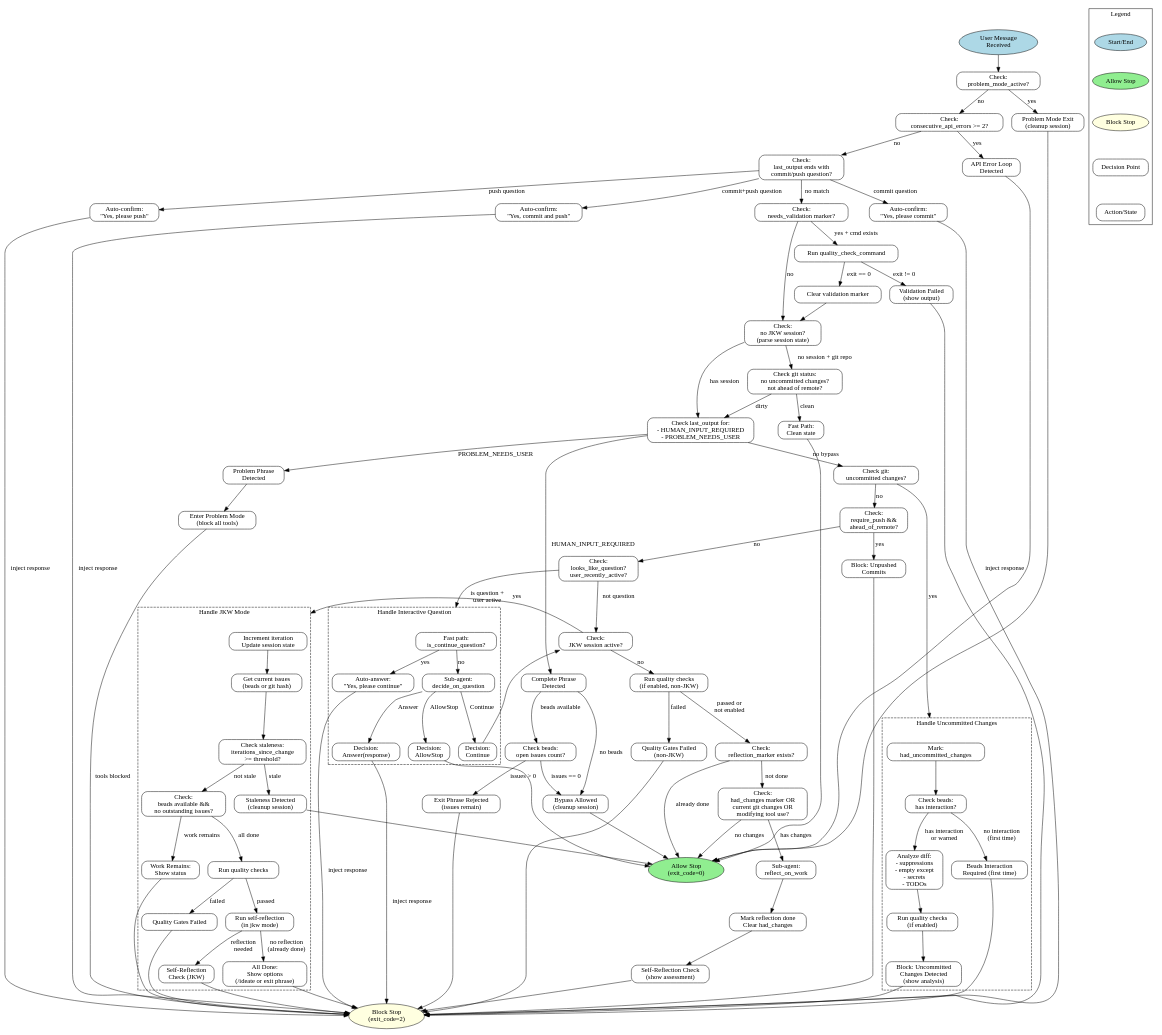
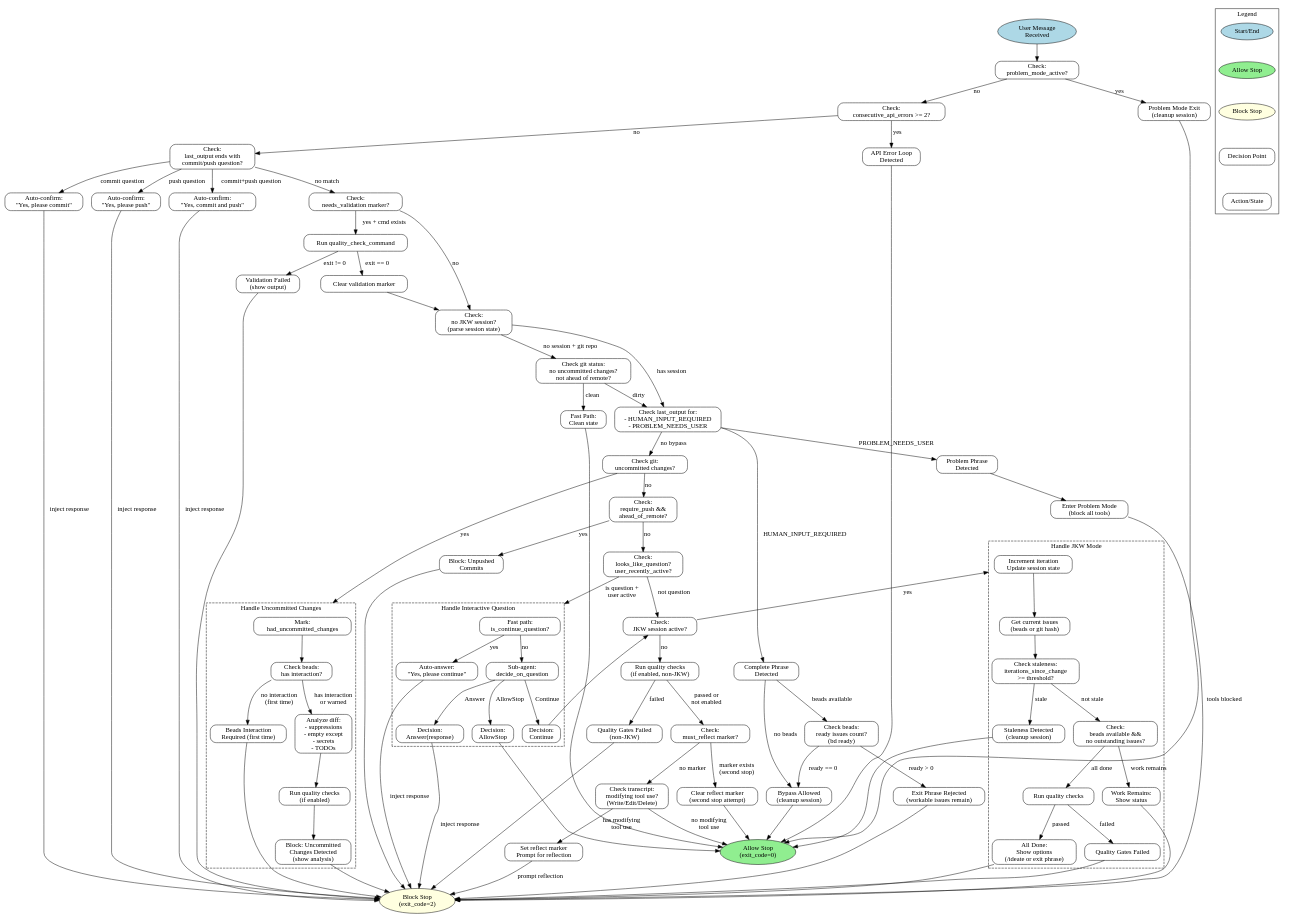
The diagram in docs/stop-hook-states.dot (DRMacIver/claude-reliability), drawn with Graphviz before and after one commit.

Commit message:
Update stop hook state diagram for new simple reflection system
- Replace complex LLM reflection with marker-based approach
- Update exit phrase check to use bd ready (workable issues only)
- Remove reflection sub-agent call paths
- Document new CheckReflectMarker, CheckModifyingTools states

```diff
--- a/docs/stop-hook-states.dot
+++ b/docs/stop-hook-states.dot
@@ -46,8 +46,8 @@
 
     // Complete phrase path
     CompletePhraseDetected [label="Complete Phrase\nDetected"];
-    CheckOpenIssues [label="Check beads:\nopen issues count?"];
-    ExitPhraseRejected [label="Exit Phrase Rejected\n(issues remain)"];
+    CheckReadyIssues [label="Check beads:\nready issues count?\n(bd ready)"];
+    ExitPhraseRejected [label="Exit Phrase Rejected\n(workable issues remain)"];
     BypassAllowed [label="Bypass Allowed\n(cleanup session)"];
 
     // 7. Uncommitted Changes Check
@@ -99,8 +99,6 @@
         CheckAllDone [label="Check:\nbeads available &&\nno outstanding issues?"];
         JKWQualityCheck [label="Run quality checks"];
         JKWQualityFailed [label="Quality Gates Failed"];
-        JKWReflection [label="Run self-reflection\n(in jkw mode)"];
-        JKWReflectionBlock [label="Self-Reflection\nCheck (JKW)"];
         JKWAllDoneBlock [label="All Done:\nShow options\n(/ideate or exit phrase)"];
         JKWWorkRemains [label="Work Remains:\nShow status"];
     }
@@ -109,12 +107,11 @@
     NonJKWQuality [label="Run quality checks\n(if enabled, non-JKW)"];
     NonJKWQualityFailed [label="Quality Gates Failed\n(non-JKW)"];
 
-    // 12. Self-Reflection Check
-    CheckReflection [label="Check:\nreflection_marker exists?"];
-    CheckHadChanges [label="Check:\nhad_changes marker OR\ncurrent git changes OR\nmodifying tool use?"];
-    RunReflection [label="Sub-agent:\nreflect_on_work"];
-    MarkReflectionDone [label="Mark reflection done\nClear had_changes"];
-    ReflectionBlock [label="Self-Reflection Check\n(show assessment)"];
+    // 12. Simple Reflection Check (marker-based)
+    CheckReflectMarker [label="Check:\nmust_reflect marker?"];
+    ClearReflectMarker [label="Clear reflect marker\n(second stop attempt)"];
+    CheckModifyingTools [label="Check transcript:\nmodifying tool use?\n(Write/Edit/Delete)"];
+    SetReflectMarker [label="Set reflect marker\nPrompt for reflection"];
 
     // ========== Transitions ==========
 
@@ -163,10 +160,10 @@
     ProblemPhraseDetected -> EnterProblemMode;
     EnterProblemMode -> BlockStop [label="tools blocked"];
 
-    CompletePhraseDetected -> CheckOpenIssues [label="beads available"];
+    CompletePhraseDetected -> CheckReadyIssues [label="beads available"];
     CompletePhraseDetected -> BypassAllowed [label="no beads"];
-    CheckOpenIssues -> ExitPhraseRejected [label="issues > 0"];
-    CheckOpenIssues -> BypassAllowed [label="issues == 0"];
+    CheckReadyIssues -> ExitPhraseRejected [label="ready > 0"];
+    CheckReadyIssues -> BypassAllowed [label="ready == 0"];
     ExitPhraseRejected -> BlockStop;
     BypassAllowed -> AllowStop;
 
@@ -213,27 +210,23 @@
     CheckAllDone -> JKWQualityCheck [label="all done"];
     CheckAllDone -> JKWWorkRemains [label="work remains"];
     JKWQualityCheck -> JKWQualityFailed [label="failed"];
-    JKWQualityCheck -> JKWReflection [label="passed"];
+    JKWQualityCheck -> JKWAllDoneBlock [label="passed"];
     JKWQualityFailed -> BlockStop;
-    JKWReflection -> JKWReflectionBlock [label="reflection\nneeded"];
-    JKWReflection -> JKWAllDoneBlock [label="no reflection\n(already done)"];
-    JKWReflectionBlock -> BlockStop;
     JKWAllDoneBlock -> BlockStop;
     JKWWorkRemains -> BlockStop;
 
     // 11. Non-JKW Quality
     NonJKWQuality -> NonJKWQualityFailed [label="failed"];
-    NonJKWQuality -> CheckReflection [label="passed or\nnot enabled"];
+    NonJKWQuality -> CheckReflectMarker [label="passed or\nnot enabled"];
     NonJKWQualityFailed -> BlockStop;
 
-    // 12. Self-Reflection
-    CheckReflection -> AllowStop [label="already done"];
-    CheckReflection -> CheckHadChanges [label="not done"];
-    CheckHadChanges -> AllowStop [label="no changes"];
-    CheckHadChanges -> RunReflection [label="has changes"];
-    RunReflection -> MarkReflectionDone;
-    MarkReflectionDone -> ReflectionBlock;
-    ReflectionBlock -> BlockStop;
+    // 12. Simple Reflection (marker-based)
+    CheckReflectMarker -> ClearReflectMarker [label="marker exists\n(second stop)"];
+    CheckReflectMarker -> CheckModifyingTools [label="no marker"];
+    ClearReflectMarker -> AllowStop;
+    CheckModifyingTools -> SetReflectMarker [label="has modifying\ntool use"];
+    CheckModifyingTools -> AllowStop [label="no modifying\ntool use"];
+    SetReflectMarker -> BlockStop [label="prompt reflection"];
 
     // ========== Legend ==========
     subgraph cluster_legend {
@@ -262,8 +255,7 @@
     // - RunQualityOnChanges: Bash(sh -c "quality_command")
     // - RunValidation: Bash(sh -c "quality_command")
     // - CheckBeadsInteraction: Bash(bd show, bd list)
-    // - CheckOpenIssues: Bash(bd list --status=open)
+    // - CheckReadyIssues: Bash(bd ready)
     // - GetIssueState: Bash(bd list --status=open, bd list --status=in_progress) OR Bash(git diff --stat)
     // - SubAgentDecision: Sub-agent API call (decide_on_question)
-    // - RunReflection: Sub-agent API call (reflect_on_work) + Bash(git diff)
 }
```
